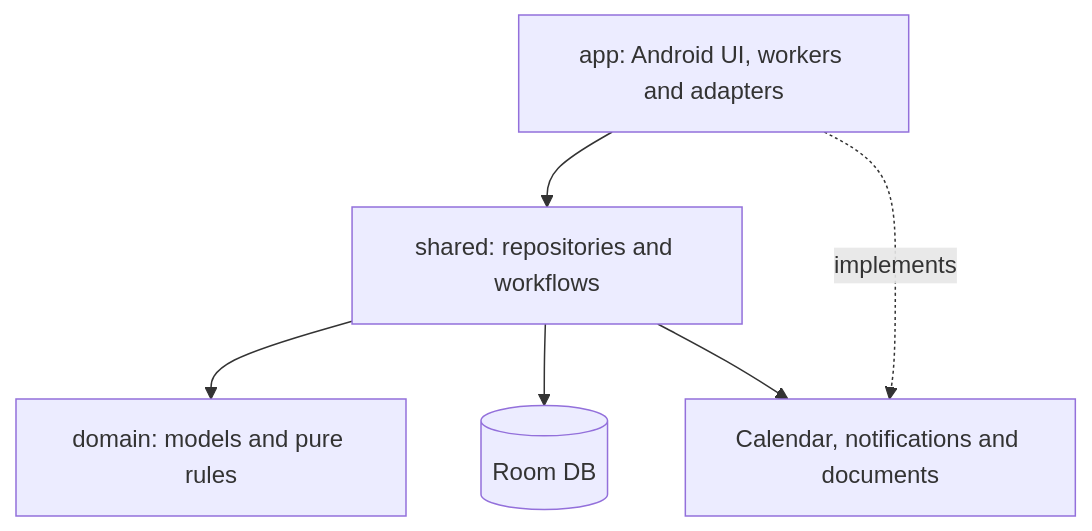
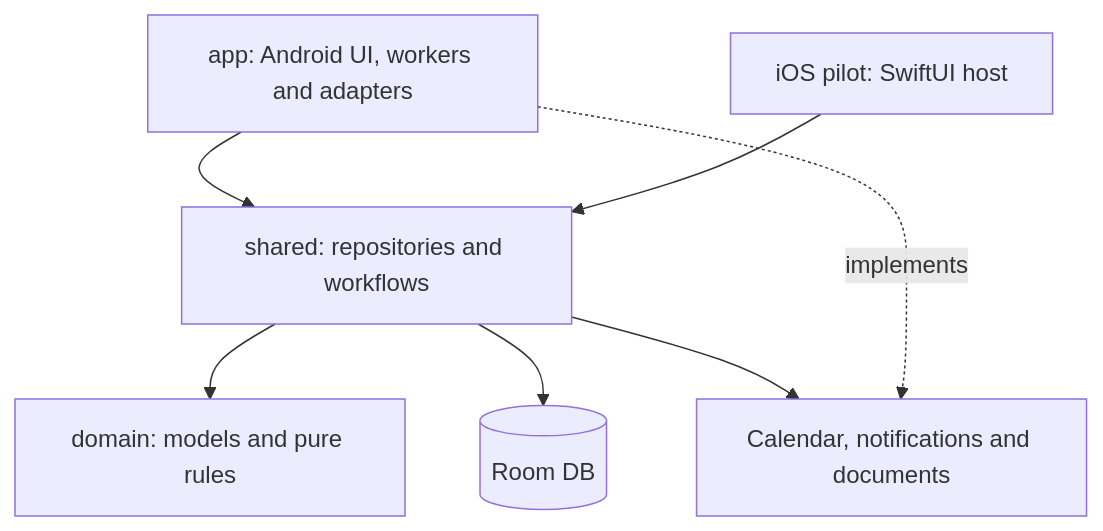
One commit to seblful/tutoring-app changed the diagram in docs/architecture.md. Above: the diagram before and after it, drawn with Mermaid. The commit also changed other lines of this file and 116 other files, not shown here.

````diff
--- a/docs/architecture.md
+++ b/docs/architecture.md
@@ -9,8 +9,9 @@
 ```mermaid
 flowchart TB
     App["app: Android UI, workers and adapters"] --> Shared["shared: repositories and workflows"]
+    Ios["iOS pilot: SwiftUI host"] --> Shared
     Shared --> Domain["domain: models and pure rules"]
     Shared --> Room[(Room DB)]
     Shared --> Ports[Calendar, notifications and documents]
     App -. implements .-> Ports
 ```
````
